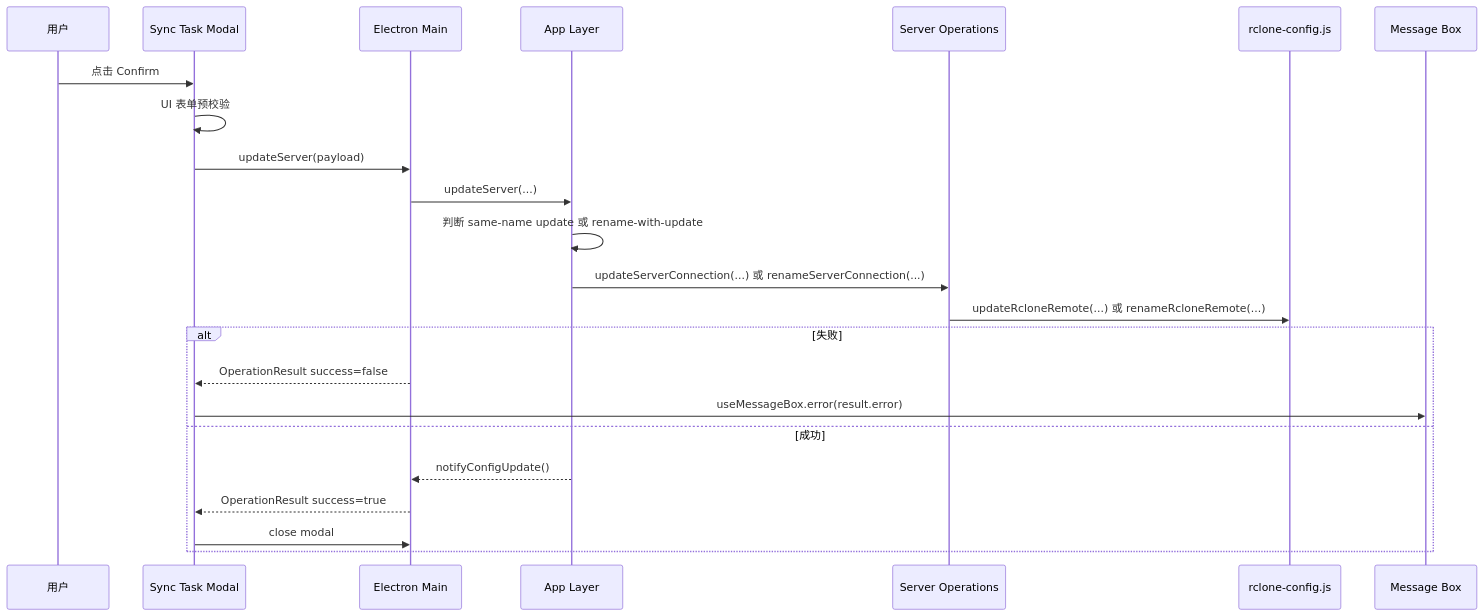
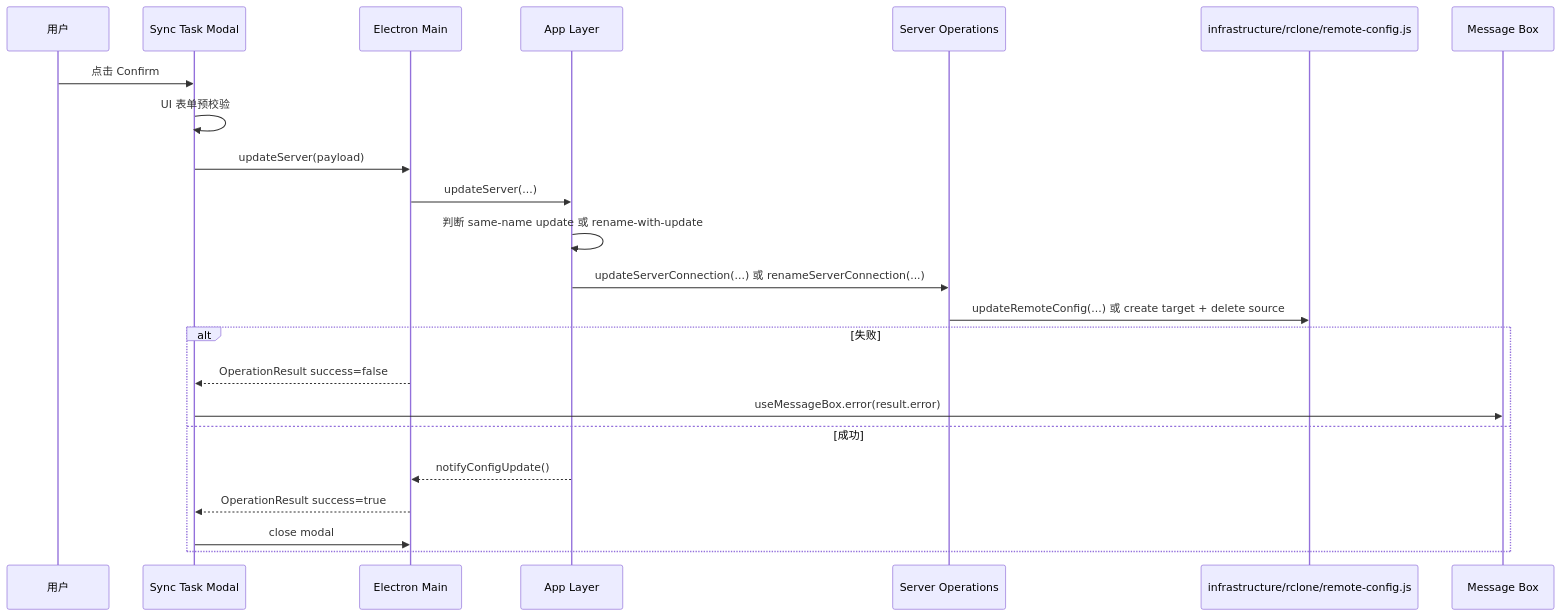
Before and after one commit to agalloch21/sync-with-rclone: diagram 14 of 15 in docs/Flows.md, drawn with Mermaid. The commit also changed other lines of this file and 15 other files, not shown here.

Commit message:
split rclone-config and app-config

````diff
--- a/docs/Flows.md
+++ b/docs/Flows.md
@@ -443,26 +443,26 @@
 ```mermaid
 sequenceDiagram
   participant U as 用户
   participant M as Sync Task Modal
   participant EM as Electron Main
   participant APP as App Layer
   participant SO as Server Operations
-  participant RC as rclone-config.js
+  participant RC as infrastructure/rclone/remote-config.js
   participant MB as Message Box
 
   U->>M: 点击 Confirm
   M->>M: UI 表单预校验
   M->>EM: updateServer(payload)
   EM->>APP: updateServer(...)
   APP->>APP: 判断 same-name update 或 rename-with-update
   APP->>SO: updateServerConnection(...) 或 renameServerConnection(...)
-  SO->>RC: updateRcloneRemote(...) 或 renameRcloneRemote(...)
+  SO->>RC: updateRemoteConfig(...) 或 create target + delete source
   alt 失败
     EM-->>M: OperationResult success=false
     M->>MB: useMessageBox.error(result.error)
   else 成功
     APP-->>EM: notifyConfigUpdate()
     EM-->>M: OperationResult success=true
     M->>EM: close modal
   end
 ```
````
